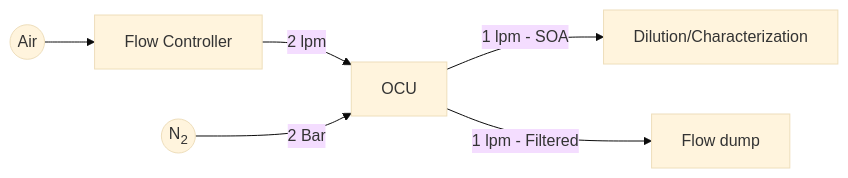
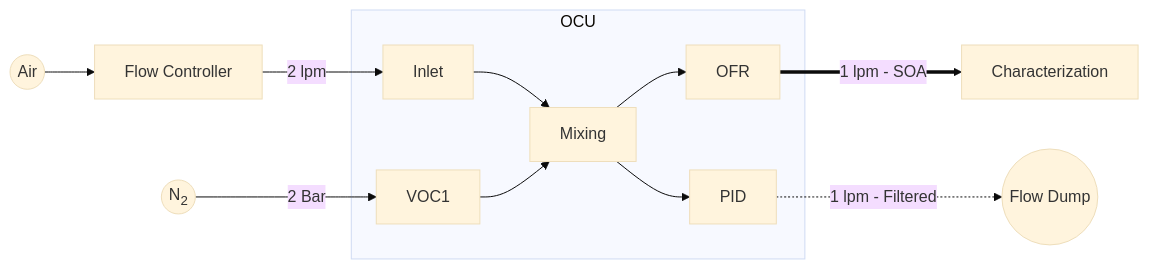
One commit to alejandrokeller/FATCAT-Scripts changed the first of 2 diagrams in docu/quickstart/README.md. Above: the diagram before and after it, drawn with Mermaid (base theme). The commit also changed other lines of this file, not shown here.

````diff
--- a/docu/quickstart/README.md
+++ b/docu/quickstart/README.md
@@ -21,8 +38,14 @@
 ```mermaid
 graph LR
+subgraph OCU
+         Inlet[Inlet] --> Mixing
+         Mixing --> OFR
+         VOC1 --> Mixing
+         Mixing --> PID
+         end
 A((Air)) --> B[Flow Controller] 
-B  --> |2 lpm| C[OCU]
-D((N<sub>2</sub>)) --> |2 Bar| C
-C --> |1 lpm - SOA| E[Dilution/Characterization]
-C -- 1 lpm - Filtered --> F[Flow dump]
+B  --> |2 lpm| Inlet
+D((N<sub>2</sub>)) --> |2 Bar| VOC1
+OFR ==> |1 lpm - SOA| E[Characterization]
+PID -.1 lpm - Filtered.-> F((Flow Dump))
 ```
````
